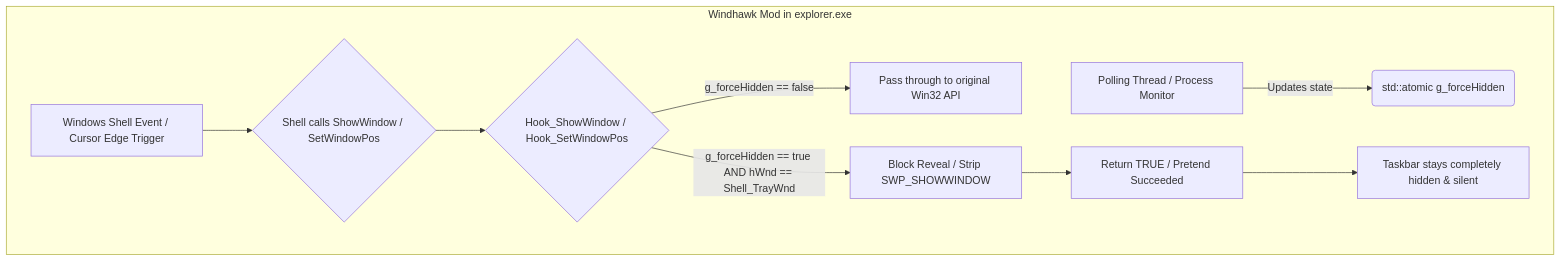
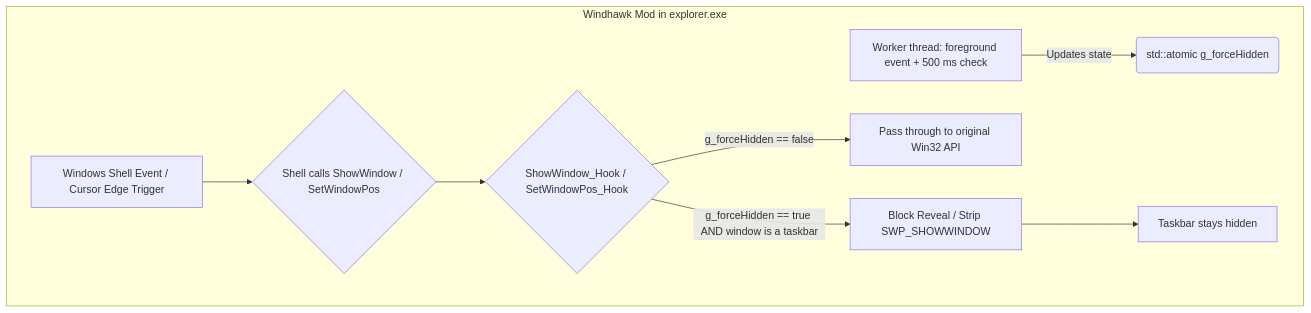
One commit to Dszae/taskbar-fixer changed the diagram in docs/ARCHITECTURE.md. Above: the diagram before and after it, drawn with Mermaid. The commit also changed other lines of this file and 4 other files, not shown here.

````diff
--- a/docs/ARCHITECTURE.md
+++ b/docs/ARCHITECTURE.md
@@ -39,16 +40,15 @@
 ```mermaid
 flowchart TD
     subgraph Windhawk Mod in explorer.exe
-        A[Polling Thread / Process Monitor] -->|Updates state| B(std::atomic<bool> g_forceHidden)
-        
+        A[Worker thread: foreground event + 500 ms check] -->|Updates state| B(std::atomic<bool> g_forceHidden)
+
         C[Windows Shell Event / Cursor Edge Trigger] --> D{Shell calls ShowWindow / SetWindowPos}
-        
-        D --> E{Hook_ShowWindow / Hook_SetWindowPos}
-        
+
+        D --> E{ShowWindow_Hook / SetWindowPos_Hook}
+
         E -->|g_forceHidden == false| F[Pass through to original Win32 API]
-        E -->|g_forceHidden == true AND hWnd == Shell_TrayWnd| G[Block Reveal / Strip SWP_SHOWWINDOW]
-        
-        G --> H[Return TRUE / Pretend Succeeded]
-        H --> I[Taskbar stays completely hidden & silent]
+        E -->|g_forceHidden == true AND window is a taskbar| G[Block Reveal / Strip SWP_SHOWWINDOW]
+
+        G --> I[Taskbar stays hidden]
     end
 ```
````
